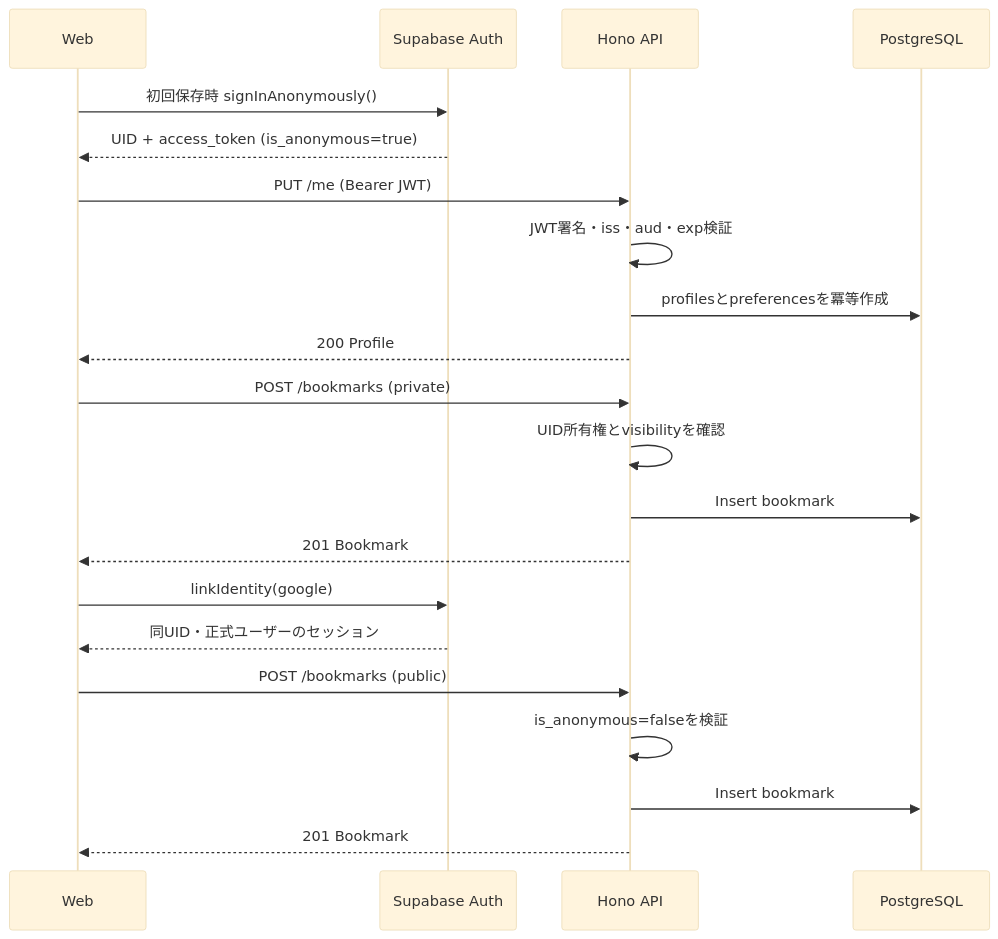
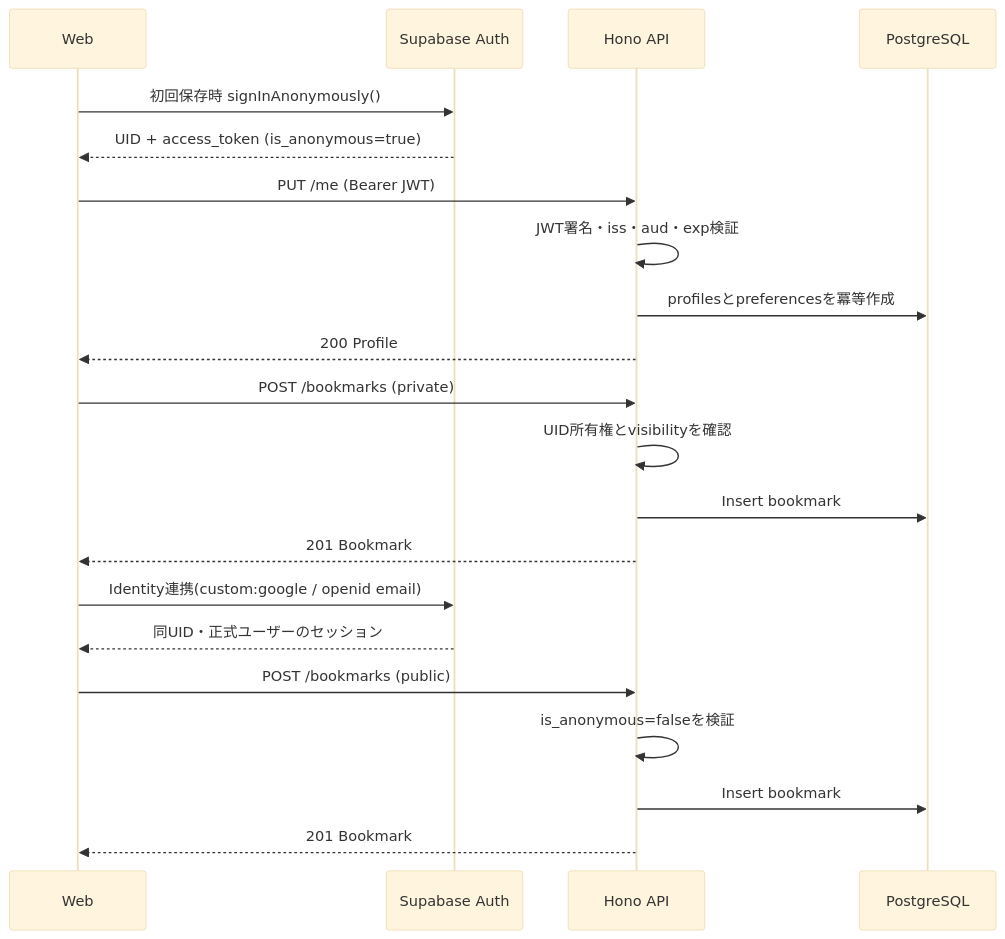
One commit to Megane14916/book-bear changed the second of 2 diagrams in docs/architecture.md. Above: the diagram before and after it, drawn with Mermaid (base theme). The commit also changed other lines of this file and 7 other files, not shown here.

````diff
--- a/docs/architecture.md
+++ b/docs/architecture.md
@@ -208,23 +209,23 @@
 ```mermaid
 sequenceDiagram
   participant W as Web
   participant A as Supabase Auth
   participant H as Hono API
   participant D as PostgreSQL
   W->>A: 初回保存時 signInAnonymously()
   A-->>W: UID + access_token (is_anonymous=true)
   W->>H: PUT /me (Bearer JWT)
   H->>H: JWT署名・iss・aud・exp検証
   H->>D: profilesとpreferencesを冪等作成
   H-->>W: 200 Profile
   W->>H: POST /bookmarks (private)
   H->>H: UID所有権とvisibilityを確認
   H->>D: Insert bookmark
   H-->>W: 201 Bookmark
-  W->>A: linkIdentity(google)
+  W->>A: Identity連携(custom:google / openid email)
   A-->>W: 同UID・正式ユーザーのセッション
   W->>H: POST /bookmarks (public)
   H->>H: is_anonymous=falseを検証
   H->>D: Insert bookmark
   H-->>W: 201 Bookmark
 ```
````
